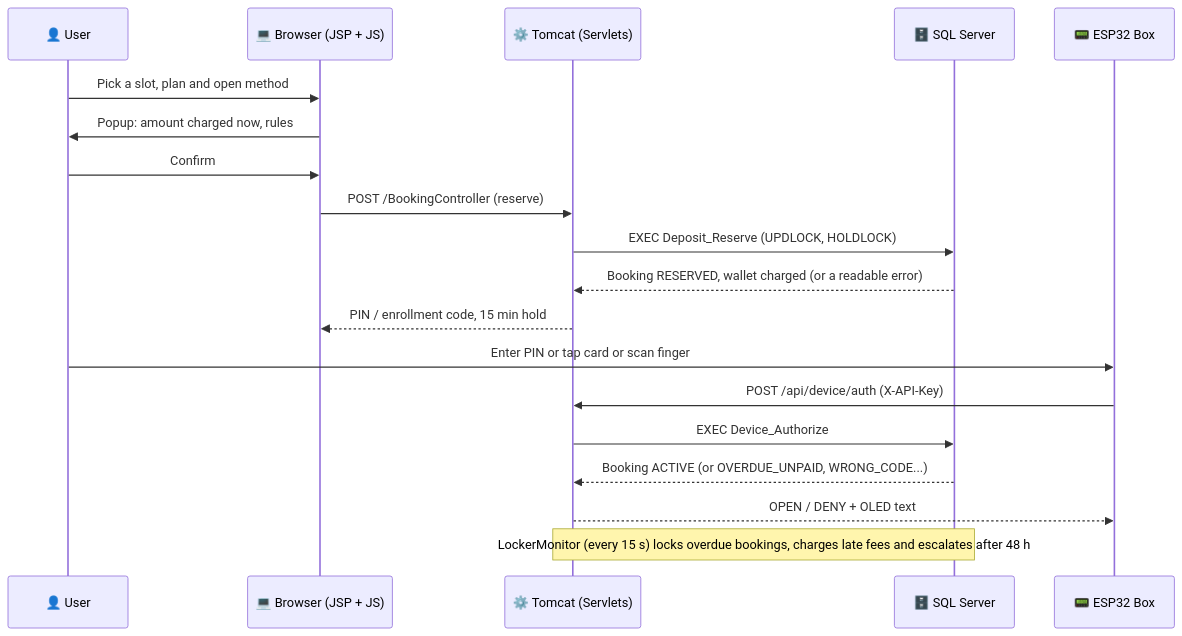
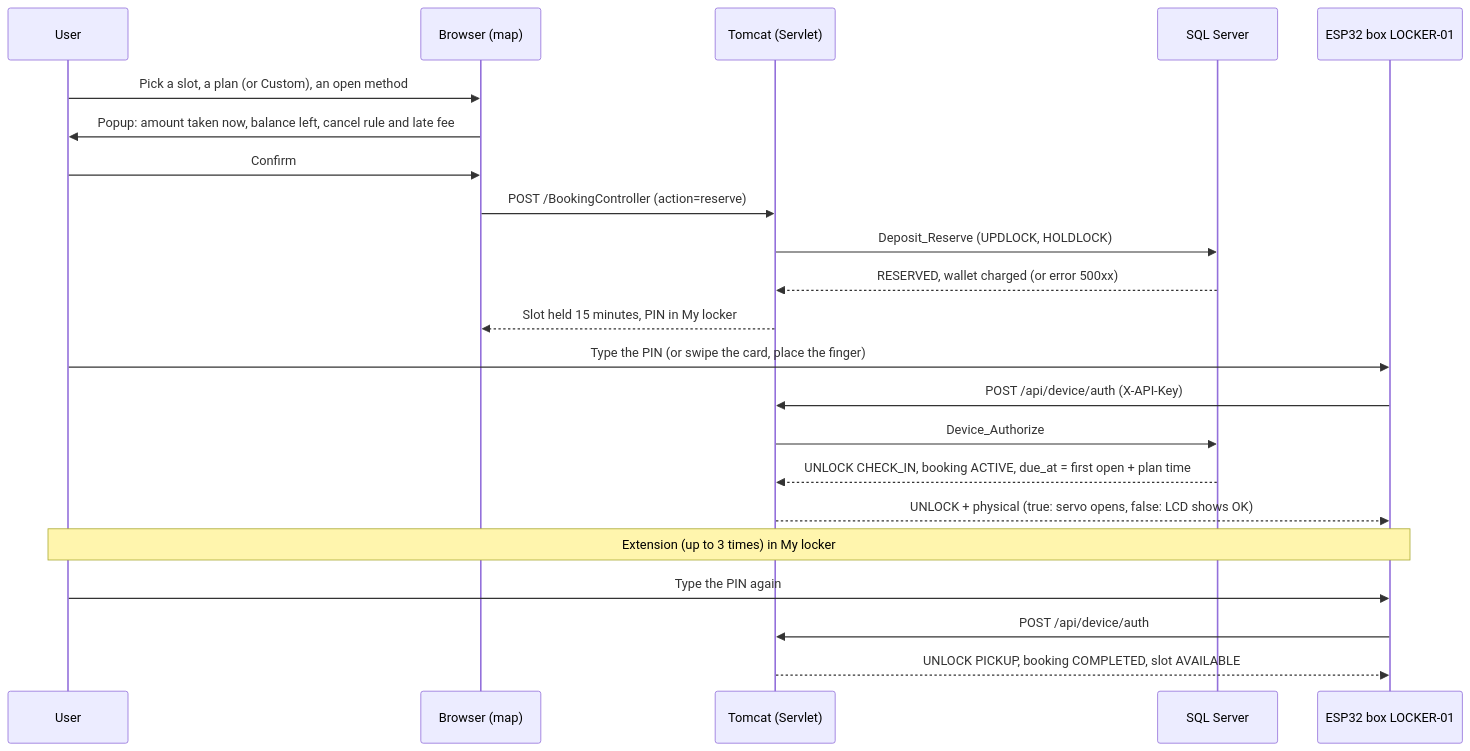
The first of 4 diagrams in README.en.md (HoangDuc1003/SmartLocker), drawn with Mermaid before and after one commit. The commit also changed other lines of this file and 40 other files, not shown here.

First line of the commit message:
Add demo_box.sql script for managing SmartLocker device and banks

````diff
--- a/README.en.md
+++ b/README.en.md
@@ -59,22 +294,25 @@
 ```mermaid
 sequenceDiagram
-    participant User as 👤 User
-    participant Web as 💻 Browser (JSP + JS)
-    participant App as ⚙️ Tomcat (Servlets)
-    participant DB as 🗄️ SQL Server
-    participant Device as 📟 ESP32 Box
+    participant U as User
+    participant W as Browser (map)
+    participant S as Tomcat (Servlet)
+    participant D as SQL Server
+    participant B as ESP32 box LOCKER-01
 
-    User->>Web: Pick a slot, plan and open method
-    Web->>User: Popup: amount charged now, rules
-    User->>Web: Confirm
-    Web->>App: POST /BookingController (reserve)
-    App->>DB: EXEC Deposit_Reserve (UPDLOCK, HOLDLOCK)
-    DB-->>App: Booking RESERVED, wallet charged (or a readable error)
-    App-->>Web: PIN / enrollment code, 15 min hold
-    User->>Device: Enter PIN or tap card or scan finger
-    Device->>App: POST /api/device/auth (X-API-Key)
-    App->>DB: EXEC Device_Authorize
-    DB-->>App: Booking ACTIVE (or OVERDUE_UNPAID, WRONG_CODE...)
-    App-->>Device: OPEN / DENY + OLED text
-    Note over App,DB: LockerMonitor (every 15 s) locks overdue bookings, charges late fees and escalates after 48 h
+    U->>W: Pick a slot, a plan (or Custom), an open method
+    W->>U: Popup: amount taken now, balance left, cancel rule and late fee
+    U->>W: Confirm
+    W->>S: POST /BookingController (action=reserve)
+    S->>D: Deposit_Reserve (UPDLOCK, HOLDLOCK)
+    D-->>S: RESERVED, wallet charged (or error 500xx)
+    S-->>W: Slot held 15 minutes, PIN in My locker
+    U->>B: Type the PIN (or swipe the card, place the finger)
+    B->>S: POST /api/device/auth (X-API-Key)
+    S->>D: Device_Authorize
+    D-->>S: UNLOCK CHECK_IN, booking ACTIVE, due_at = first open + plan time
+    S-->>B: UNLOCK + physical (true: servo opens, false: LCD shows OK)
+    Note over U,B: Extension (up to 3 times) in My locker
+    U->>B: Type the PIN again
+    B->>S: POST /api/device/auth
+    S-->>B: UNLOCK PICKUP, booking COMPLETED, slot AVAILABLE
 ```
````
